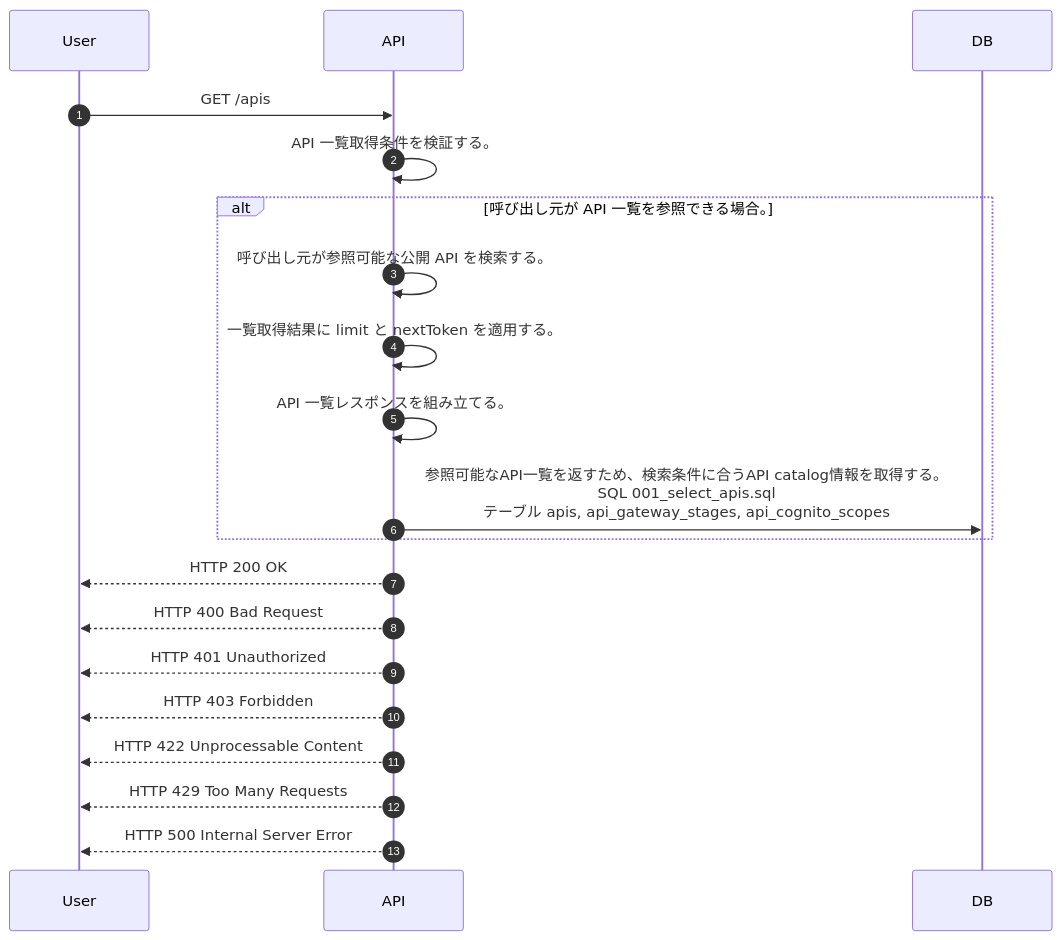
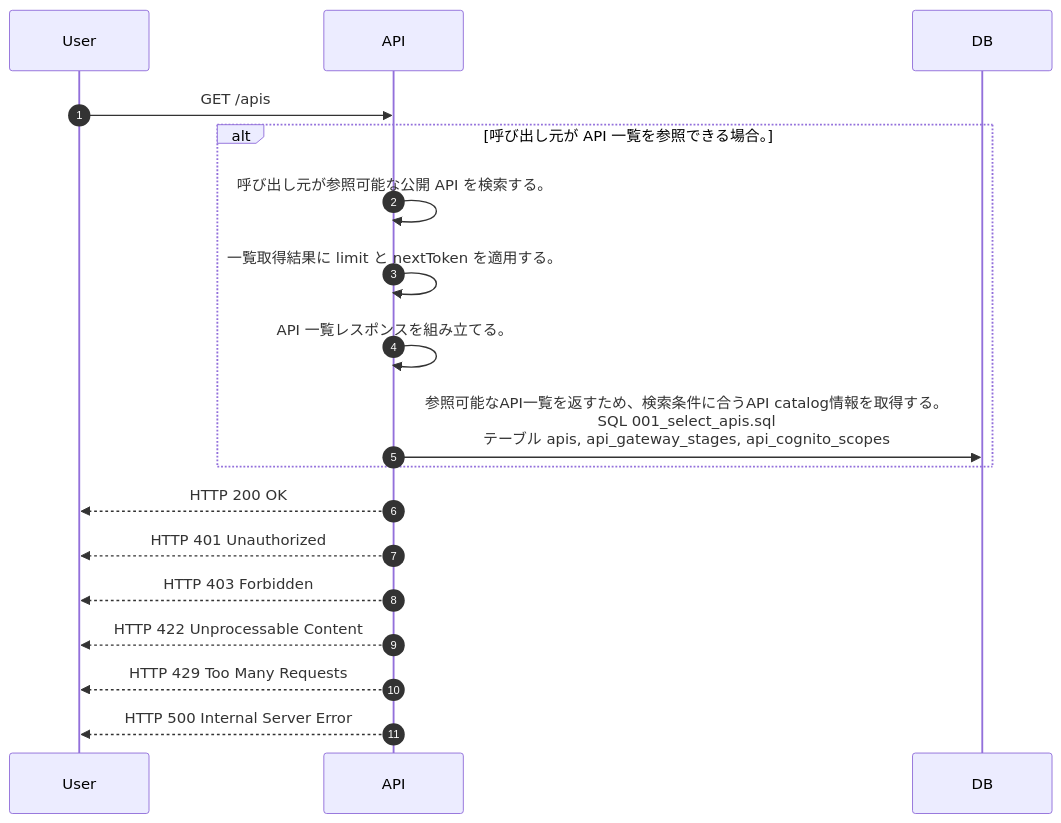
One commit to tsuji-tomonori/lazunex changed the diagram in docs/spec/40.apis/apis/list_apis/sequence_gen.md. Above: the diagram before and after it, drawn with Mermaid. The commit also changed 39 other files, not shown here.

````diff
--- a/docs/spec/40.apis/apis/list_apis/sequence_gen.md
+++ b/docs/spec/40.apis/apis/list_apis/sequence_gen.md
@@ -5,22 +5,20 @@
 ```mermaid
 sequenceDiagram
   autonumber
   participant User as User
   participant API as API
   participant DB as DB
   User->>API: GET /apis
-  API->>API: API 一覧取得条件を検証する。
   alt 呼び出し元が API 一覧を参照できる場合。
     API->>API: 呼び出し元が参照可能な公開 API を検索する。
     API->>API: 一覧取得結果に limit と nextToken を適用する。
     API->>API: API 一覧レスポンスを組み立てる。
     API->>DB: 参照可能なAPI一覧を返すため、検索条件に合うAPI catalog情報を取得する。<br/>SQL 001_select_apis.sql<br/>テーブル apis, api_gateway_stages, api_cognito_scopes
   end
   API-->>User: HTTP 200 OK
-  API-->>User: HTTP 400 Bad Request
   API-->>User: HTTP 401 Unauthorized
   API-->>User: HTTP 403 Forbidden
   API-->>User: HTTP 422 Unprocessable Content
   API-->>User: HTTP 429 Too Many Requests
   API-->>User: HTTP 500 Internal Server Error
 ```
````
